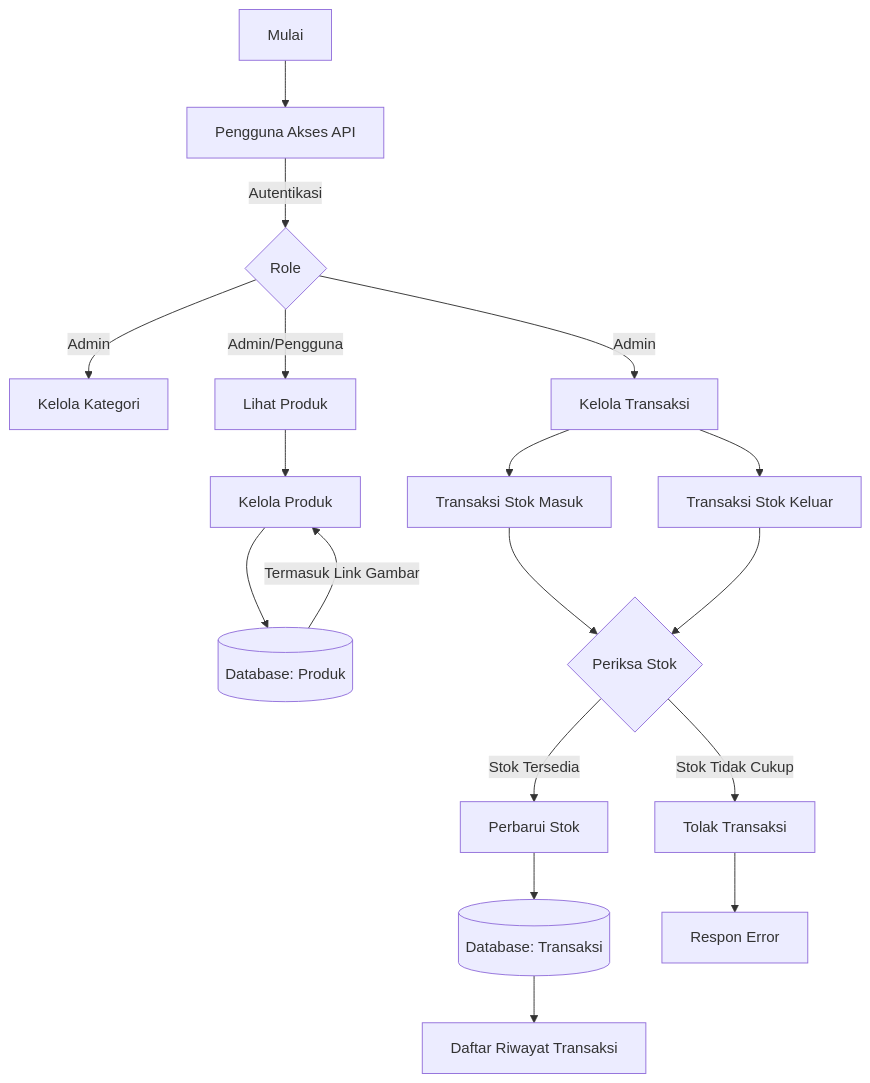
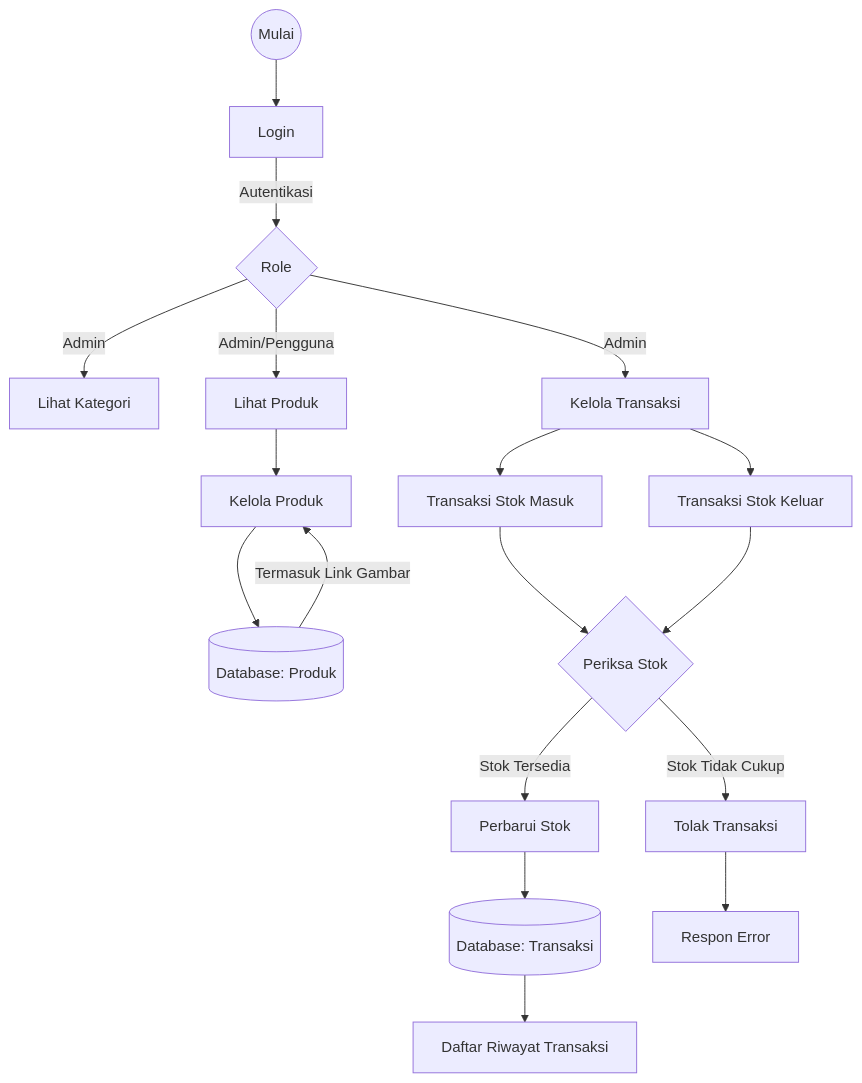
Before and after one commit to HN721/fgo24-Phase-3: the first of 2 diagrams in readme.md, drawn with Mermaid. The commit also changed other lines of this file, not shown here.

````diff
--- a/readme.md
+++ b/readme.md
@@ -1,48 +5,48 @@
 ```mermaid
 flowchart TD
-    A[Mulai] --> B[Pengguna Akses API]
+    A((Mulai)) --> B[Login]
     B -->|Autentikasi| C{Role}
-    C -->|Admin| D[Kelola Kategori]
+    C -->|Admin| D[Lihat Kategori]
     C -->|Admin/Pengguna| E[Lihat Produk]
     C -->|Admin| F[Kelola Transaksi]
 
 
     E --> E1[Kelola Produk]
     E1 --> H[(Database: Produk)]
     H -->|Termasuk Link Gambar| E1
 
     F --> F1[Transaksi Stok Masuk]
     F --> F2[Transaksi Stok Keluar]
     F1 --> I{Periksa Stok}
     F2 --> I
     I -->|Stok Tersedia| J[Perbarui Stok]
     I -->|Stok Tidak Cukup| K[Tolak Transaksi]
     J --> L[(Database: Transaksi)]
     K --> M[Respon Error]
     L --> N[Daftar Riwayat Transaksi]
 
     A:::start
     B:::process
     C:::decision
     D:::process
     E:::process
     F:::process
     E1:::process
     F1:::process
     F2:::process
     I:::decision
     J:::process
     K:::error
     M:::error
     N:::process
     H:::data
     L:::data
 
     classDef start shape:circle
     classDef process shape:rect
     classDef decision shape:diamond
     classDef data shape:cylinder
     classDef error shape:rect
 
 
 ```
````
